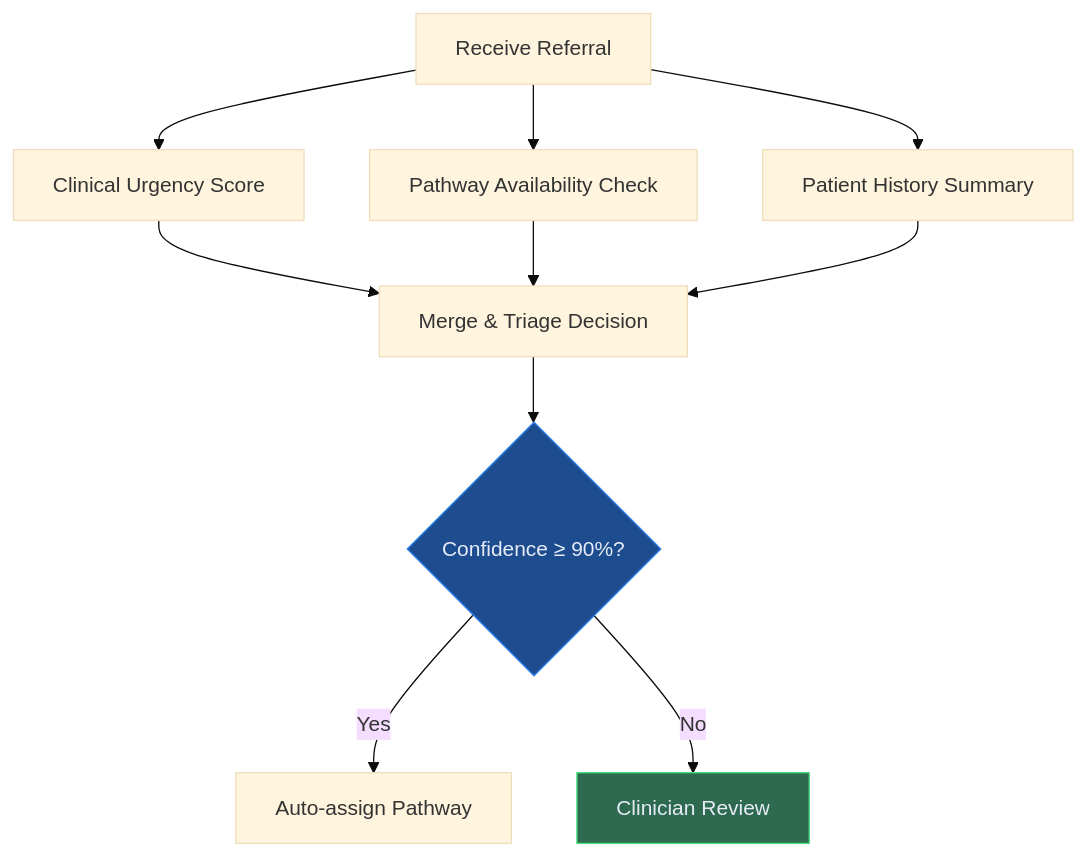
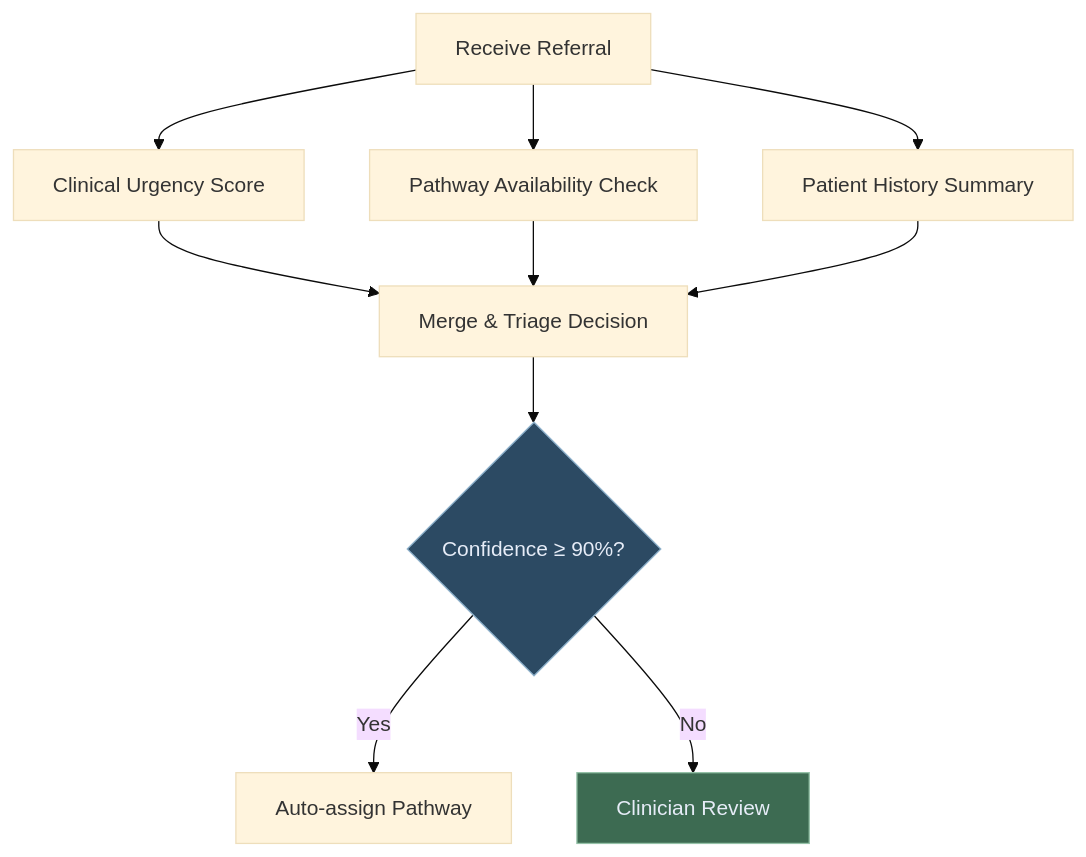
One commit to lorvexai/lorvexai changed the third of 10 diagrams in blog/ai-workflows-for-regulated-enterprises.md. Above: the diagram before and after it, drawn with Mermaid (base theme). The commit also changed other lines of this file and 16 other files, not shown here.

First line of the commit message:
Retune hardcoded Mermaid node colors to match the site palette

````diff
--- a/blog/ai-workflows-for-regulated-enterprises.md
+++ b/blog/ai-workflows-for-regulated-enterprises.md
@@ -80,15 +80,15 @@
 ```mermaid
 flowchart TD
     A[Receive Referral] --> B[Clinical Urgency Score]
     A --> C[Pathway Availability Check]
     A --> D[Patient History Summary]
     B --> M[Merge & Triage Decision]
     C --> M
     D --> M
     M --> E{Confidence ≥ 90%?}
     E -->|Yes| F[Auto-assign Pathway]
     E -->|No| G[Clinician Review]
 
-    style E fill:#1D4C8F,stroke:#2F80ED,color:#E6ECF7
-    style G fill:#2D6A4F,stroke:#4ade80,color:#E6ECF7
+    style E fill:#2C4A63,stroke:#8FB2CC,color:#E6ECF7
+    style G fill:#3D6B52,stroke:#95C2A8,color:#E6ECF7
 ```
````
